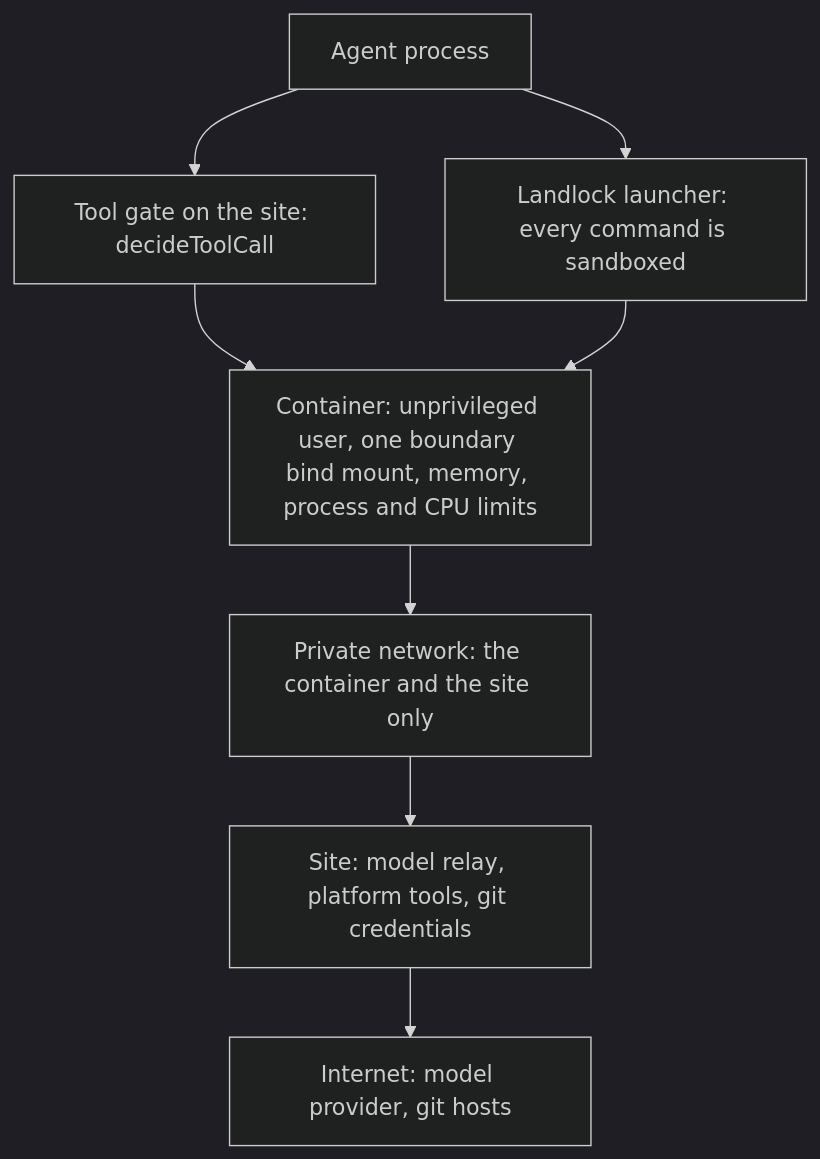
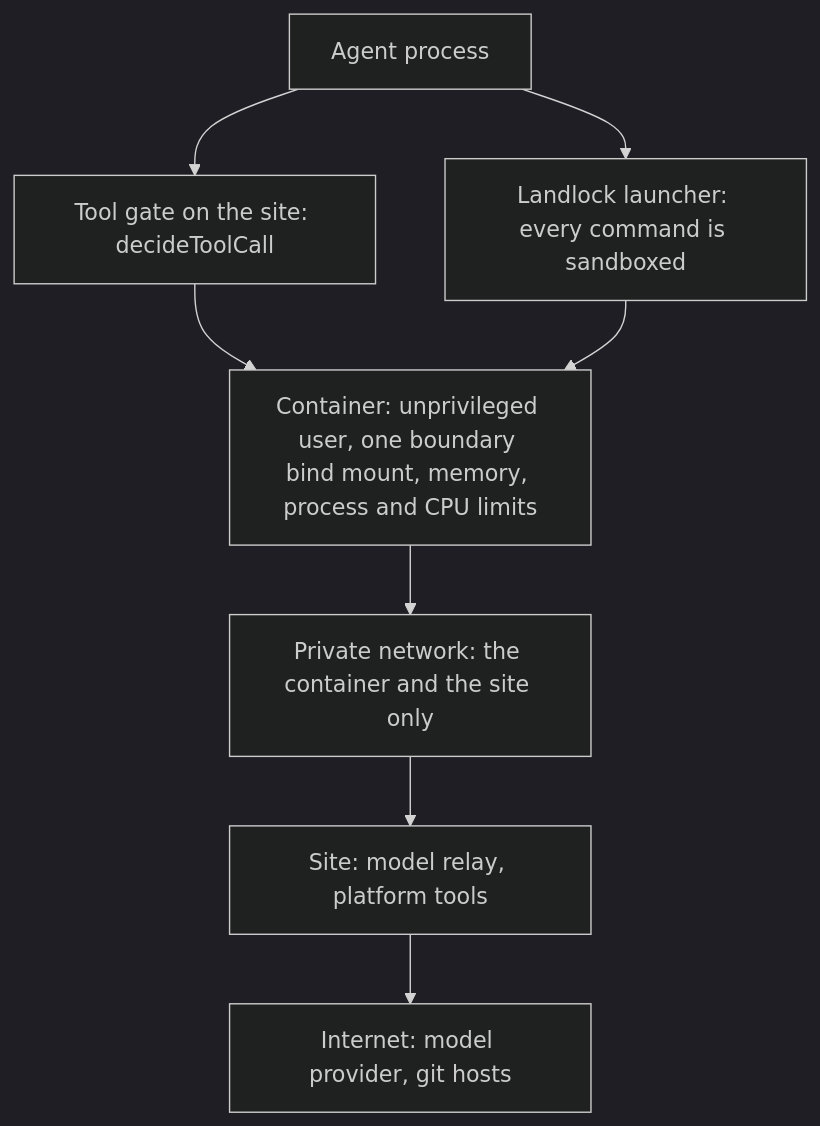
Before and after one commit to solution84-com/agenthix: the diagram in docs/concepts/agents/agent-security-model.md, drawn with Mermaid (dark theme). The commit also changed other lines of this file and 21 other files, not shown here.

Commit message:
docs: architecture, concepts and decision records describe workflows, the executor, the egress proxy, masking and the mint gate, with no git credential helper

````diff
--- a/docs/concepts/agents/agent-security-model.md
+++ b/docs/concepts/agents/agent-security-model.md
@@ -7,10 +7,10 @@
 ```mermaid
 flowchart TD
     A["Agent process"] --> G["Tool gate on the site: decideToolCall"]
     A --> L["Landlock launcher: every command is sandboxed"]
     G --> C["Container: unprivileged user, one boundary bind mount, memory, process and CPU limits"]
     L --> C
     C --> N["Private network: the container and the site only"]
-    N --> R["Site: model relay, platform tools, git credentials"]
+    N --> R["Site: model relay, platform tools"]
     R --> X["Internet: model provider, git hosts"]
 ```
````
